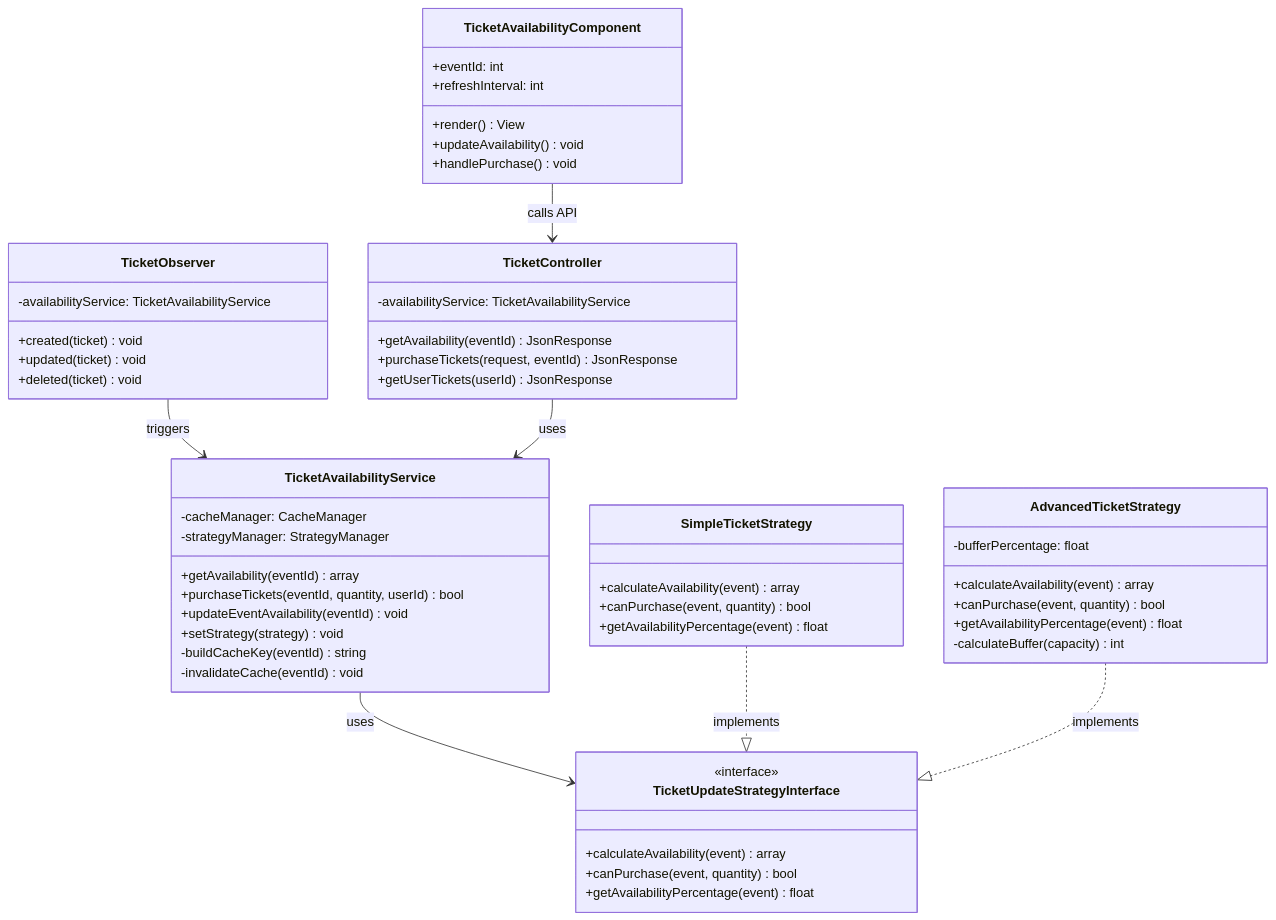
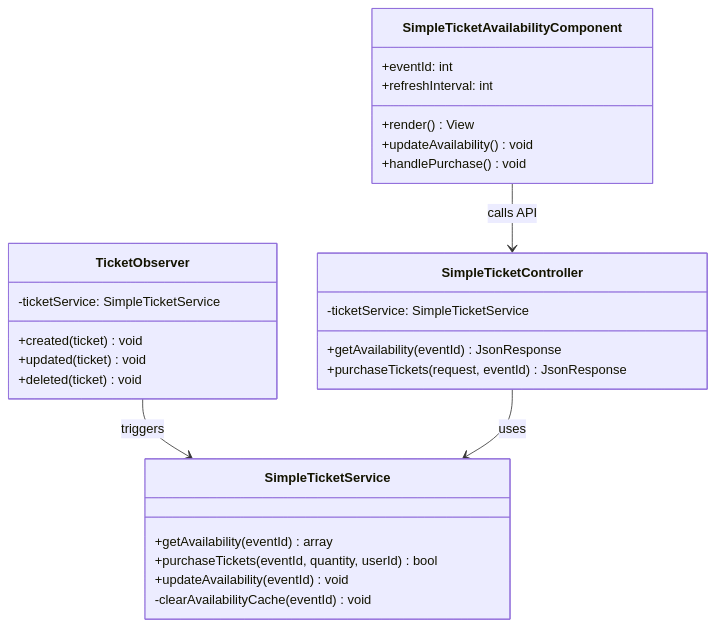
Before and after one commit to Event-Management-Ticketing-System-EMTS/Event-Management-Ticketing-System: the seventh of 11 diagrams in ARCHITECTURE.md, drawn with Mermaid. The commit also changed other lines of this file and 13 other files, not shown here.

````diff
--- a/ARCHITECTURE.md
+++ b/ARCHITECTURE.md
@@ -292,63 +288,34 @@
 ```mermaid
 classDiagram
-    class TicketAvailabilityService {
-        -cacheManager: CacheManager
-        -strategyManager: StrategyManager
+    class SimpleTicketService {
         +getAvailability(eventId) array
         +purchaseTickets(eventId, quantity, userId) bool
-        +updateEventAvailability(eventId) void
-        +setStrategy(strategy) void
-        -buildCacheKey(eventId) string
-        -invalidateCache(eventId) void
-    }
-    
-    class TicketUpdateStrategyInterface {
-        <<interface>>
-        +calculateAvailability(event) array
-        +canPurchase(event, quantity) bool
-        +getAvailabilityPercentage(event) float
-    }
-    
-    class SimpleTicketStrategy {
-        +calculateAvailability(event) array
-        +canPurchase(event, quantity) bool
-        +getAvailabilityPercentage(event) float
-    }
-    
-    class AdvancedTicketStrategy {
-        -bufferPercentage: float
-        +calculateAvailability(event) array
-        +canPurchase(event, quantity) bool
-        +getAvailabilityPercentage(event) float
-        -calculateBuffer(capacity) int
+        +updateAvailability(eventId) void
+        -clearAvailabilityCache(eventId) void
     }
     
     class TicketObserver {
-        -availabilityService: TicketAvailabilityService
+        -ticketService: SimpleTicketService
         +created(ticket) void
         +updated(ticket) void
         +deleted(ticket) void
     }
     
-    class TicketController {
-        -availabilityService: TicketAvailabilityService
+    class SimpleTicketController {
+        -ticketService: SimpleTicketService
         +getAvailability(eventId) JsonResponse
         +purchaseTickets(request, eventId) JsonResponse
-        +getUserTickets(userId) JsonResponse
     }
     
-    class TicketAvailabilityComponent {
+    class SimpleTicketAvailabilityComponent {
         +eventId: int
         +refreshInterval: int
         +render() View
         +updateAvailability() void
         +handlePurchase() void
     }
     
-    TicketAvailabilityService --> TicketUpdateStrategyInterface : uses
-    SimpleTicketStrategy ..|> TicketUpdateStrategyInterface : implements
-    AdvancedTicketStrategy ..|> TicketUpdateStrategyInterface : implements
-    TicketObserver --> TicketAvailabilityService : triggers
-    TicketController --> TicketAvailabilityService : uses
-    TicketAvailabilityComponent --> TicketController : calls API
+    TicketObserver --> SimpleTicketService : triggers
+    SimpleTicketController --> SimpleTicketService : uses
+    SimpleTicketAvailabilityComponent --> SimpleTicketController : calls API
 ```
````
